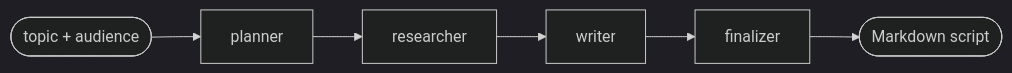
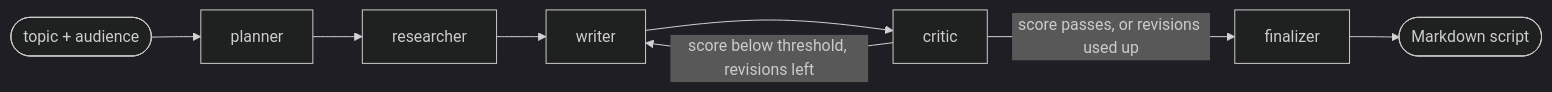
The first of 2 diagrams in README.md (hassanmansour-dev/ProofLine), drawn with Mermaid (dark theme) before and after one commit. The commit also changed other lines of this file, not shown here.

````diff
--- a/README.md
+++ b/README.md
@@ -21,4 +43,6 @@
 ```mermaid
 flowchart LR
-    START([topic + audience]) --> planner --> researcher --> writer --> finalizer --> END([Markdown script])
+    START([topic + audience]) --> planner --> researcher --> writer --> critic
+    critic -- "score below threshold, revisions left" --> writer
+    critic -- "score passes, or revisions used up" --> finalizer --> END([Markdown script])
 ```
````
